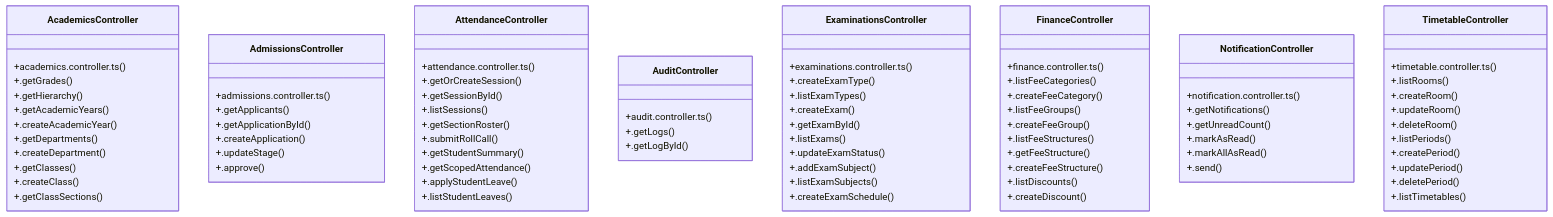
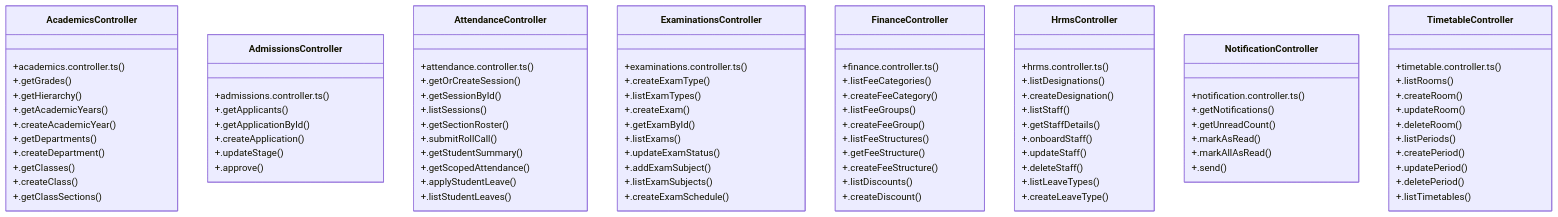
Before and after one commit to laxminivas06/vidforum: the diagram in graphify-out/wiki/[Document-_Vid_Database_Architecture_&_10._RBAC_-_Permissions]_Cluster.md, drawn with Mermaid. The commit also changed other lines of this file and 201 other files, not shown here.

Commit message:
feat(phase2): implement staff and HRMS workspace with identity chain, leave workflows, attendance, and payroll export

```diff
--- a/graphify-out/wiki/[Document-_Vid_Database_Architecture_&_10._RBAC_-_Permissions]_Cluster.md
+++ b/graphify-out/wiki/[Document-_Vid_Database_Architecture_&_10._RBAC_-_Permissions]_Cluster.md
@@ -67,11 +67,6 @@
         +.applyStudentLeave()
         +.listStudentLeaves()
     }
-    class AuditController {
-        +audit.controller.ts()
-        +.getLogs()
-        +.getLogById()
-    }
     class ExaminationsController {
         +examinations.controller.ts()
         +.createExamType()
@@ -96,6 +91,18 @@
         +.listDiscounts()
         +.createDiscount()
     }
+    class HrmsController {
+        +hrms.controller.ts()
+        +.listDesignations()
+        +.createDesignation()
+        +.listStaff()
+        +.getStaffDetails()
+        +.onboardStaff()
+        +.updateStaff()
+        +.deleteStaff()
+        +.listLeaveTypes()
+        +.createLeaveType()
+    }
     class NotificationController {
         +notification.controller.ts()
         +.getNotifications()
```
